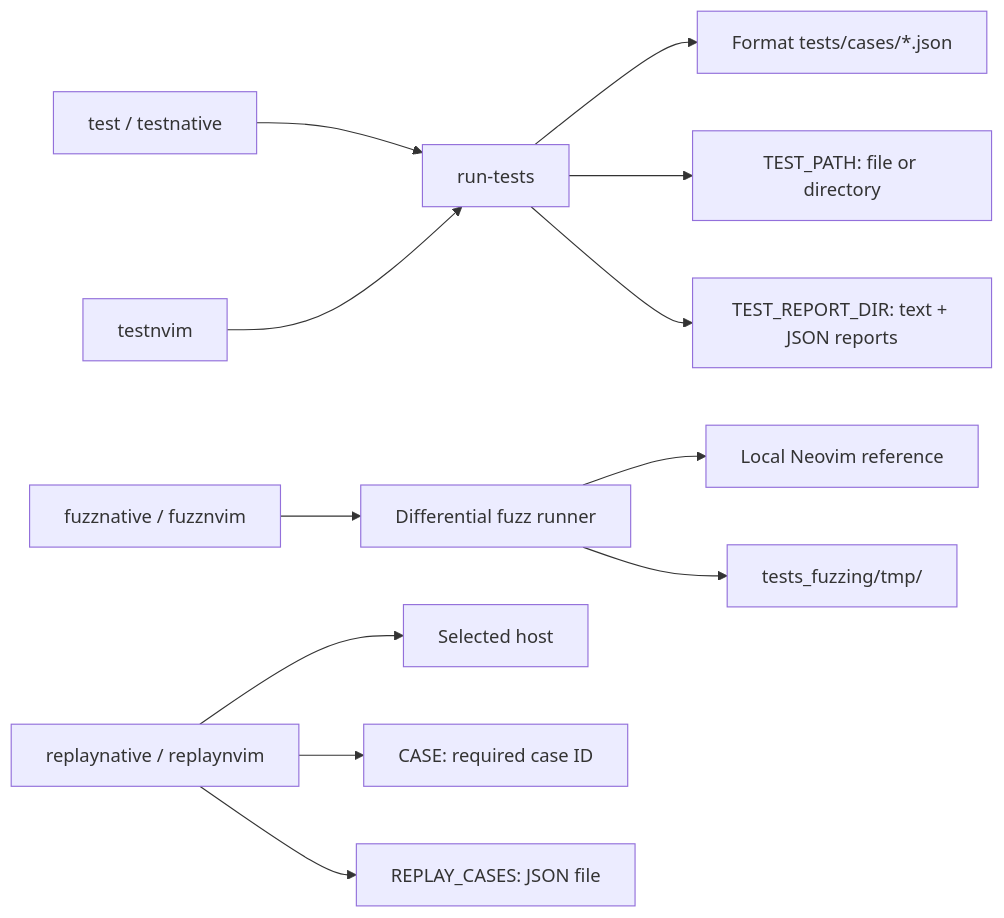
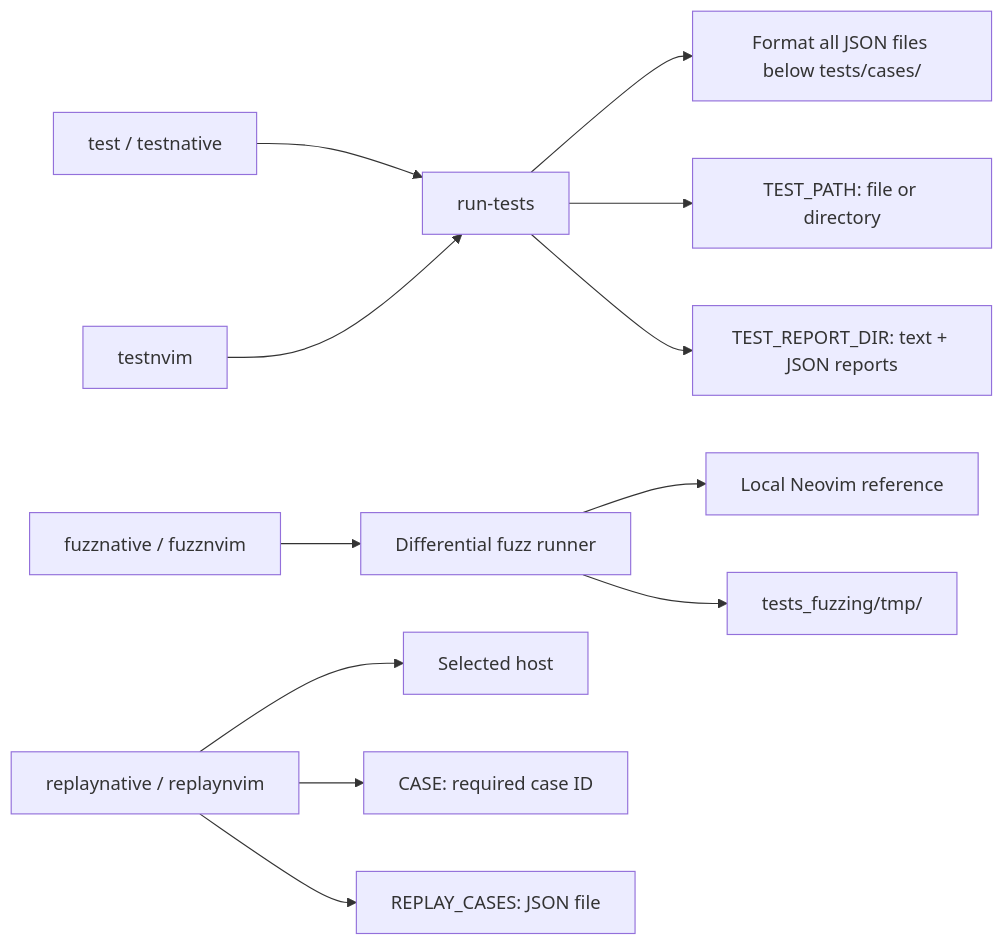
Before and after one commit to filipplays/VimPadPP: the second of 2 diagrams in plugin/makefile-map.md, drawn with Mermaid. The commit also changed other lines of this file and 9 other files, not shown here.

````diff
--- a/plugin/makefile-map.md
+++ b/plugin/makefile-map.md
@@ -28,13 +29,13 @@
 ```mermaid
 flowchart LR
     TN["test / testnative"] --> RT["run-tests"]
     TV["testnvim"] --> RT
-    RT --> FORMAT["Format tests/cases/*.json"]
+    RT --> FORMAT["Format all JSON files below tests/cases/"]
     RT --> CASES["TEST_PATH: file or directory"]
     RT --> REPORT["TEST_REPORT_DIR: text + JSON reports"]
     FN["fuzznative / fuzznvim"] --> FUZZ["Differential fuzz runner"]
     FUZZ --> REF["Local Neovim reference"] & TEMP["tests_fuzzing/tmp/"]
     RN["replaynative / replaynvim"] --> HOST["Selected host"]
     RN --> CASE["CASE: required case ID"]
     RN --> FILE["REPLAY_CASES: JSON file"]
 ```
````
